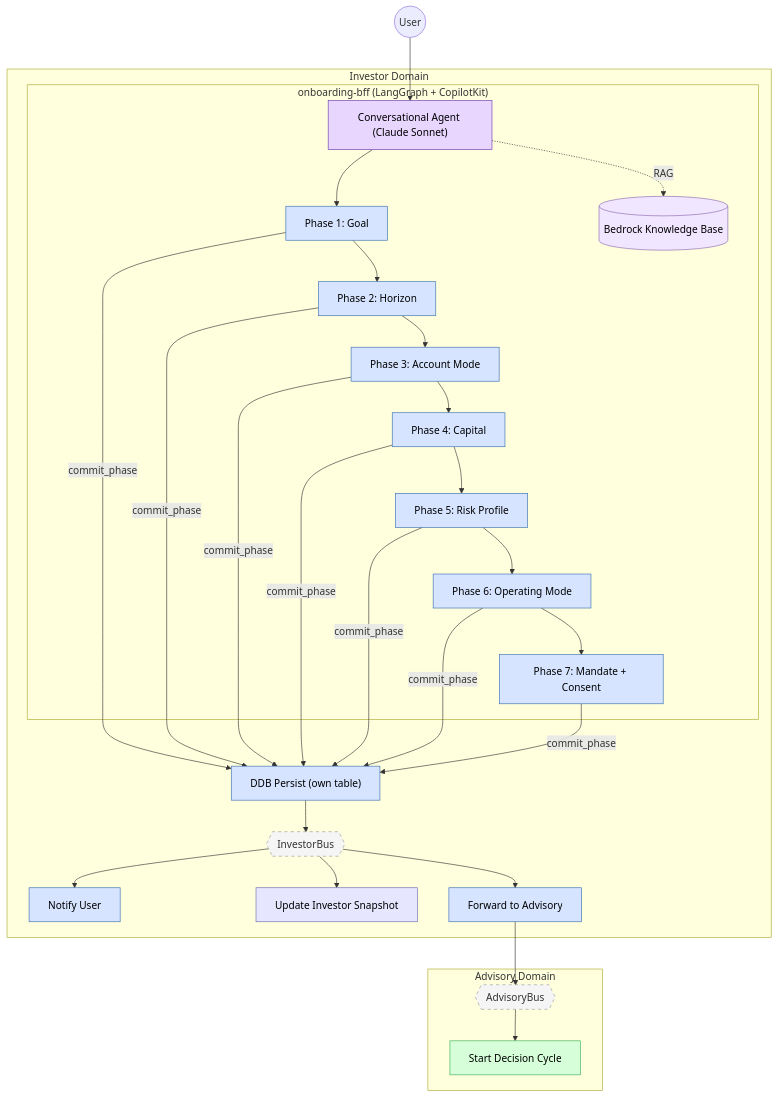
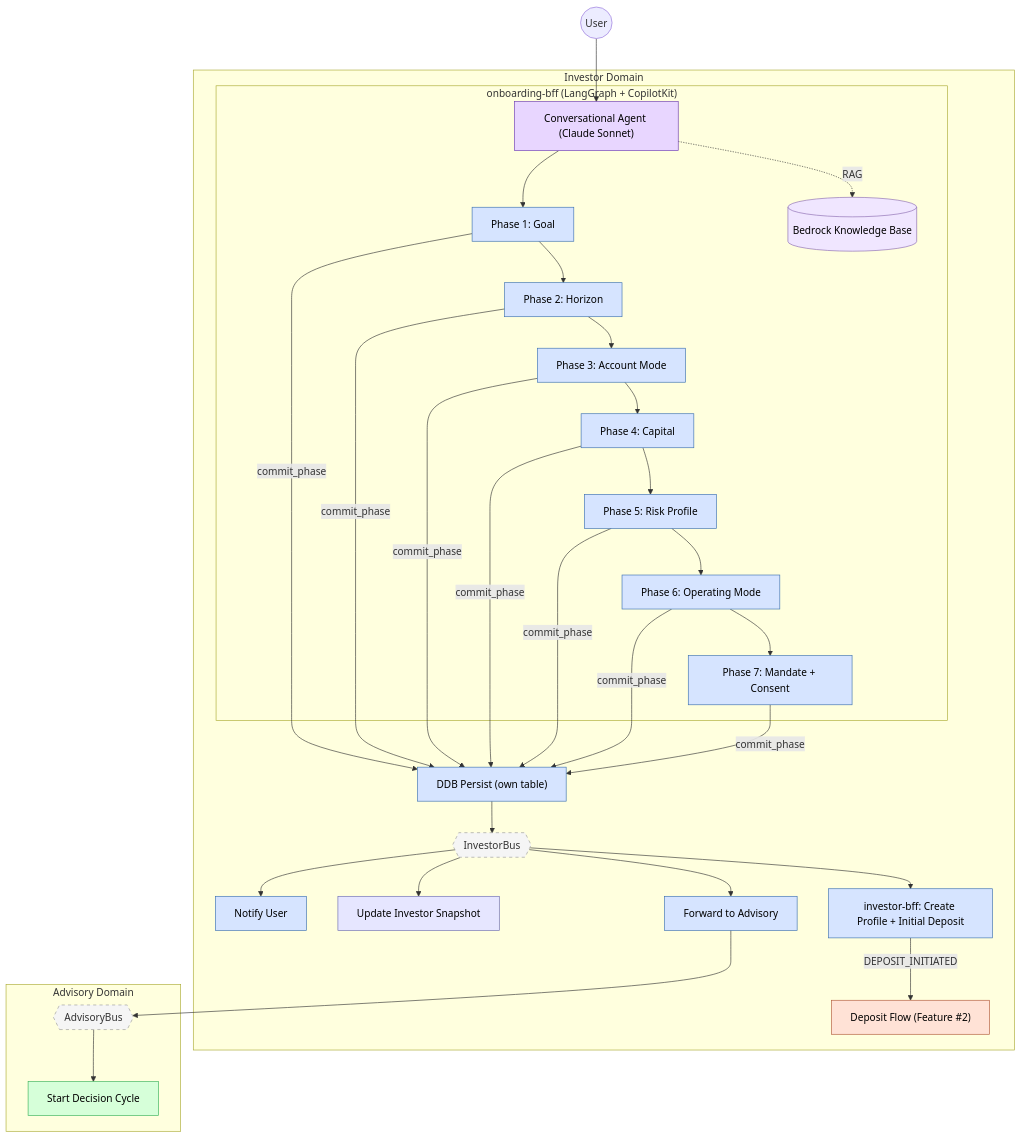
The diagram in docs/data-flows/01-investor-onboarding.md (fabio-vitali/nestfolio), drawn with Mermaid before and after one commit.

````diff
--- a/docs/data-flows/01-investor-onboarding.md
+++ b/docs/data-flows/01-investor-onboarding.md
@@ -11,62 +11,68 @@
 ```mermaid
 flowchart TB
     subgraph subGraph0["Investor Domain"]
         subgraph agent["onboarding-bff (LangGraph + CopilotKit)"]
             A0["Conversational Agent (Claude Sonnet)"]
             A1["Phase 1: Goal"]
             A1b["Phase 2: Horizon"]
             A1c["Phase 3: Account Mode"]
             A1d["Phase 4: Capital"]
             A2["Phase 5: Risk Profile"]
             A2b["Phase 6: Operating Mode"]
             A3["Phase 7: Mandate + Consent"]
             KB[("Bedrock Knowledge Base")]
         end
         A4["DDB Persist (own table)"]
         IB{{"InvestorBus"}}
         A5["Notify User"]
         A6["Update Investor Snapshot"]
         A7["Forward to Advisory"]
+        A8["investor-bff: Create Profile + Initial Deposit"]
+        A9["Deposit Flow (Feature #2)"]
     end
     subgraph subGraph1["Advisory Domain"]
         AB{{"AdvisoryBus"}}
         B1["Start Decision Cycle"]
     end
     U(("User")) --> A0
     A0 --> A1
     A1 --> A1b
     A1b --> A1c
     A1c --> A1d
     A1d --> A2
     A2 --> A2b
     A2b --> A3
     A0 -.->|RAG| KB
     A1 & A1b & A1c & A1d & A2 & A2b & A3 -->|commit_phase| A4
     A4 --> IB
-    IB --> A5 & A6 & A7
+    IB --> A5 & A6 & A7 & A8
+    A8 -->|DEPOSIT_INITIATED| A9
     A7 --> AB
     AB --> B1
 
     A0:::agent_style
     A1:::investor
     A1b:::investor
     A1c:::investor
     A1d:::investor
     A2:::investor
     A2b:::investor
     A3:::investor
     KB:::kb
     A4:::investor
     IB:::bus
     A5:::investor
     A6:::read
     A7:::investor
+    A8:::investor
+    A9:::execution
     AB:::bus
     B1:::advisory
     classDef investor fill:#D6E4FF,stroke:#3A6FB0,color:#000
     classDef advisory fill:#D6FFD9,stroke:#3AB05A,color:#000
+    classDef execution fill:#FFE2D6,stroke:#B05A3A,color:#000
     classDef read fill:#E6E6FF,stroke:#6A6AB0,color:#000
     classDef bus fill:#F5F5F5,stroke:#999,stroke-dasharray:5 5
     classDef agent_style fill:#E8D6FF,stroke:#6A3AB0,color:#000
     classDef kb fill:#F0E6FF,stroke:#8A6AB0,color:#000
 ```
````
